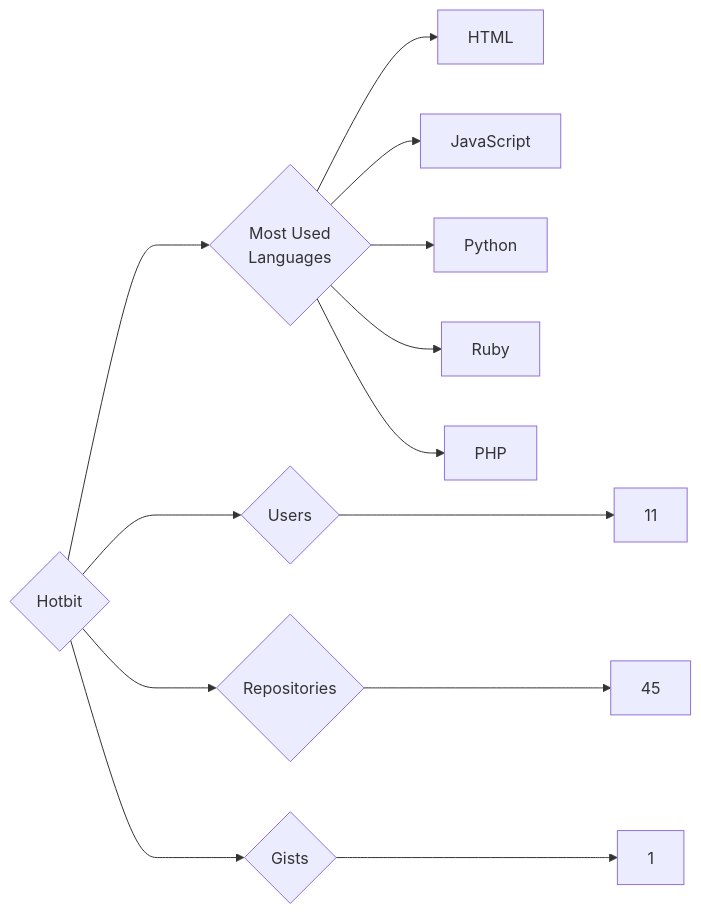
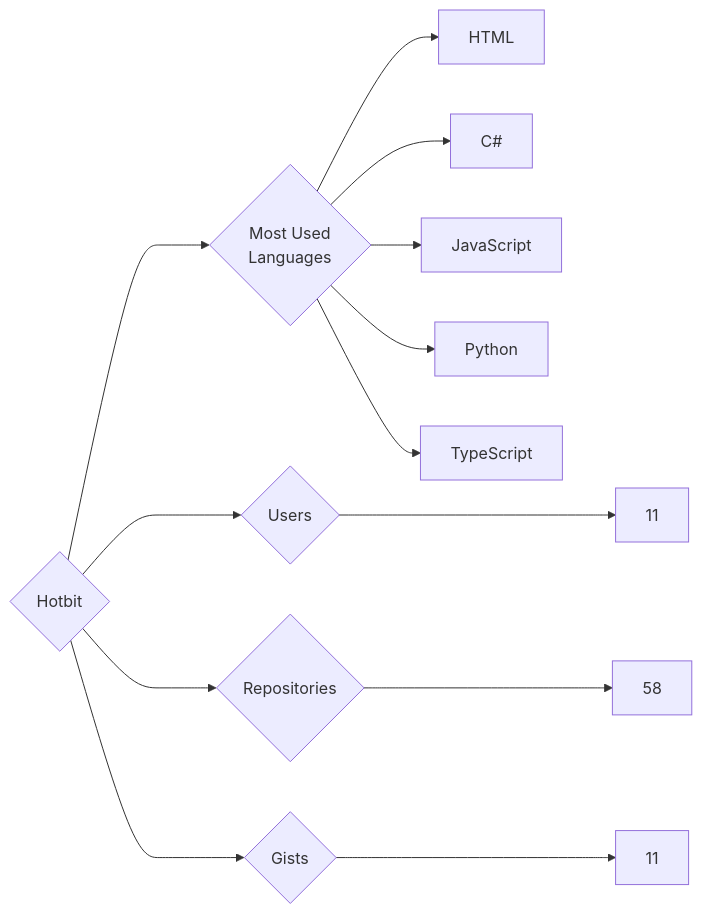
The diagram in targets/Hotbit/README.md (trickest/insiders), drawn with Mermaid before and after one commit. The commit also changed 1003 other files, not shown here.

````diff
--- a/targets/Hotbit/README.md
+++ b/targets/Hotbit/README.md
@@ -3,13 +3,13 @@
 ```mermaid
 graph LR
 COMPANY_NAME{Hotbit}
 COMPANY_NAME ---> U{Users} ---> UN[11]
-COMPANY_NAME ---> R{Repositories} ---> RN[45]
-COMPANY_NAME ---> G{Gists} ---> GN[1]
+COMPANY_NAME ---> R{Repositories} ---> RN[58]
+COMPANY_NAME ---> G{Gists} ---> GN[11]
 COMPANY_NAME ---> ML{Most Used<br>Languages}
 ML --> HTML[HTML]
+ML --> C#[C#]
 ML --> JavaScript[JavaScript]
 ML --> Python[Python]
-ML --> Ruby[Ruby]
-ML --> PHP[PHP]
+ML --> TypeScript[TypeScript]
 ```
````
